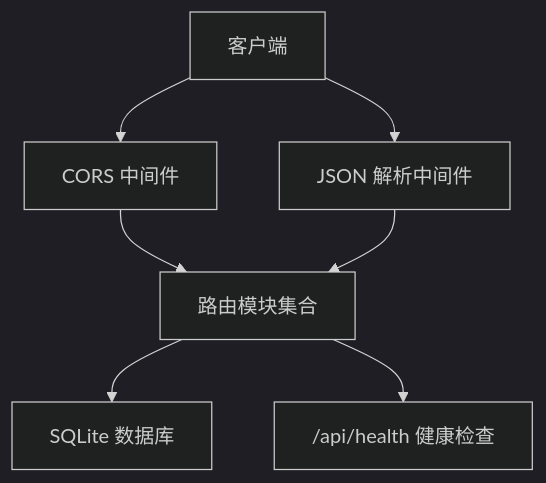
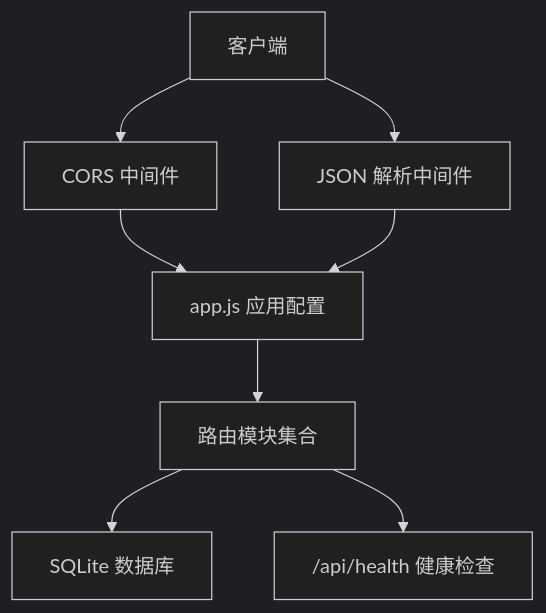
The second of 8 diagrams in .qoder/repowiki/zh/content/系统架构设计/后端架构设计.md (dawny123123/StarParadise), drawn with Mermaid (dark theme) before and after one commit. The commit also changed other lines of this file and 102 other files, not shown here.

````diff
--- a/.qoder/repowiki/zh/content/系统架构设计/后端架构设计.md
+++ b/.qoder/repowiki/zh/content/系统架构设计/后端架构设计.md
@@ -119,9 +116,10 @@
 ```mermaid
 graph TB
 Client["客户端"] --> M1["CORS 中间件"]
 Client --> M2["JSON 解析中间件"]
-M1 --> R["路由模块集合"]
-M2 --> R
+M1 --> App["app.js 应用配置"]
+M2 --> App
+App --> R["路由模块集合"]
 R --> DB["SQLite 数据库"]
 R --> Health["/api/health 健康检查"]
 ```
````
